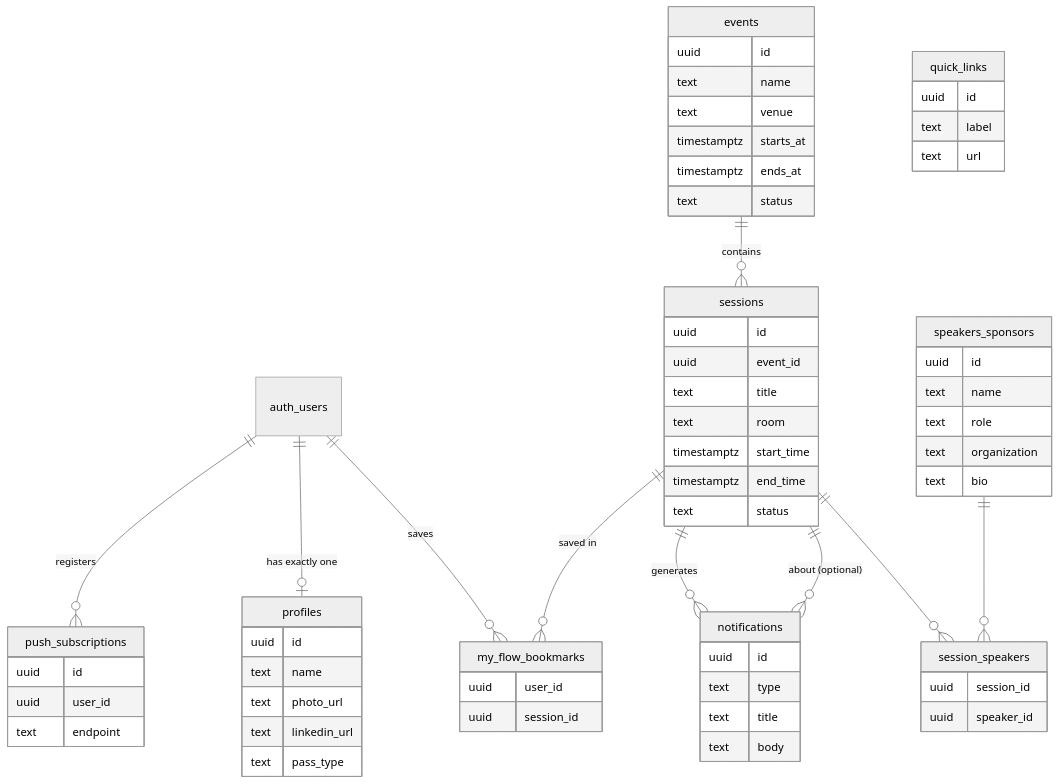
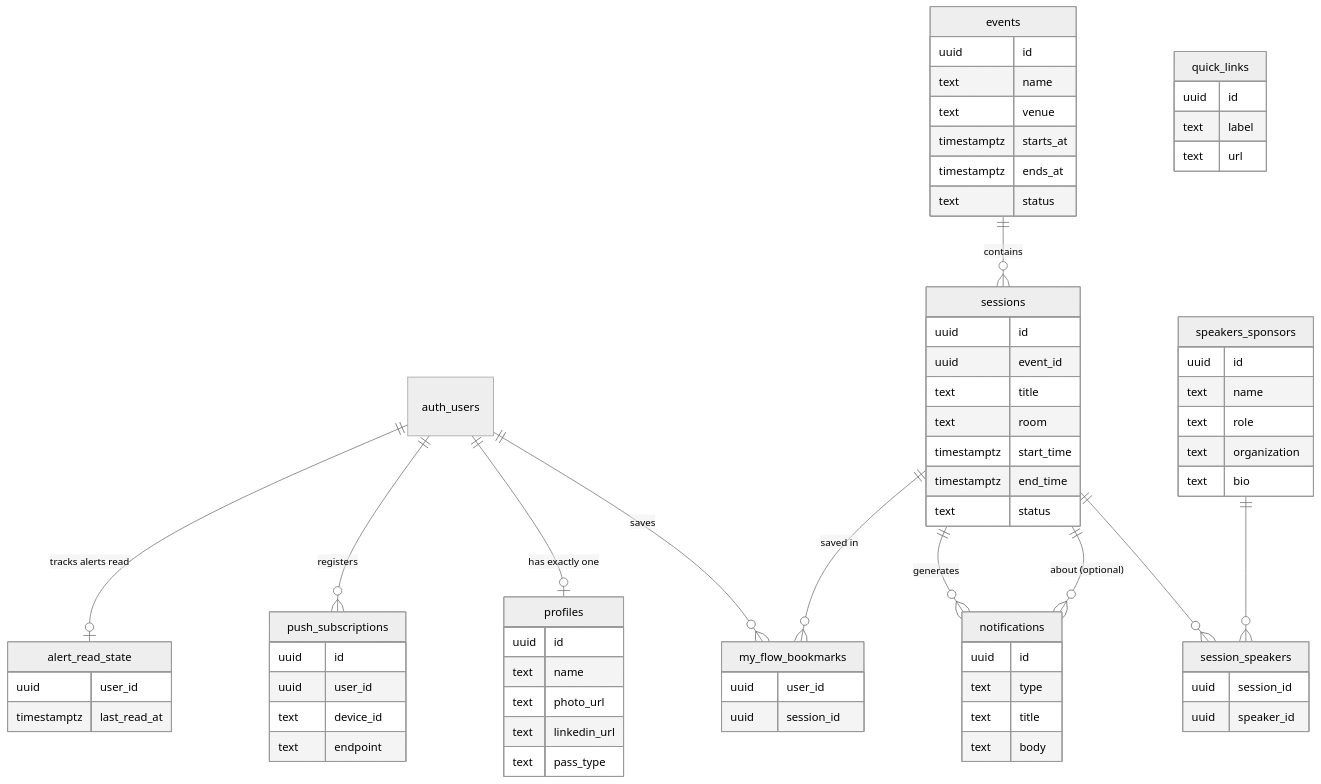
The diagram in docs/app-guide.md (yaboii-jah/Sync), drawn with Mermaid (neutral theme) before and after one commit. The commit also changed other lines of this file and 23 other files, not shown here.

````diff
--- a/docs/app-guide.md
+++ b/docs/app-guide.md
@@ -467,68 +468,74 @@
 ```mermaid
 erDiagram
     auth_users ||--o| profiles : "has exactly one"
     events ||--o{ sessions : "contains"
     sessions ||--o{ session_speakers : ""
     speakers_sponsors ||--o{ session_speakers : ""
     auth_users ||--o{ my_flow_bookmarks : "saves"
     sessions ||--o{ my_flow_bookmarks : "saved in"
     sessions ||--o{ notifications : "generates"
     auth_users ||--o{ push_subscriptions : "registers"
+    auth_users ||--o| alert_read_state : "tracks alerts read"
     sessions ||--o{ notifications : "about (optional)"
 
     events {
       uuid id
       text name
       text venue
       timestamptz starts_at
       timestamptz ends_at
       text status
     }
     sessions {
       uuid id
       uuid event_id
       text title
       text room
       timestamptz start_time
       timestamptz end_time
       text status
     }
     speakers_sponsors {
       uuid id
       text name
       text role
       text organization
       text bio
     }
     profiles {
       uuid id
       text name
       text photo_url
       text linkedin_url
       text pass_type
     }
     my_flow_bookmarks {
       uuid user_id
       uuid session_id
     }
     notifications {
       uuid id
       text type
       text title
       text body
     }
     push_subscriptions {
       uuid id
       uuid user_id
+      text device_id
       text endpoint
+    }
+    alert_read_state {
+      uuid user_id
+      timestamptz last_read_at
     }
     quick_links {
       uuid id
       text label
       text url
     }
     session_speakers {
       uuid session_id
       uuid speaker_id
     }
 ```
````
